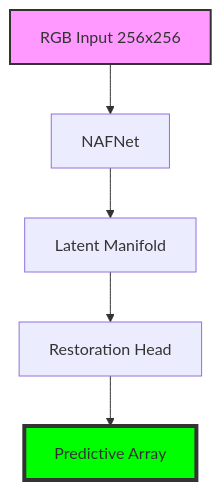
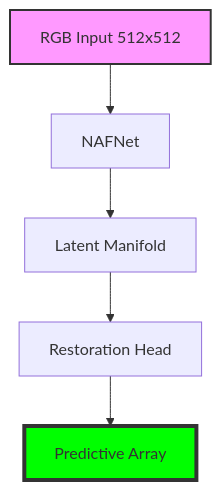
One commit to lemgenda/lemgendary-pretrained-models changed the diagram in nafnet_debluring/README.md. Above: the diagram before and after it, drawn with Mermaid. The commit also changed other lines of this file and 31 other files, not shown here.

````diff
--- a/nafnet_debluring/README.md
+++ b/nafnet_debluring/README.md
@@ -16,10 +16,10 @@
 ```mermaid
 graph TD
-    Input[RGB Input 256x256] --> Backbone[NAFNet]
+    Input[RGB Input 512x512] --> Backbone[NAFNet]
     Backbone --> Manifold[Latent Manifold]
     Manifold --> Head[Restoration Head]
     Head --> Output[Predictive Array]
     
     style Input fill:#f9f,stroke:#333,stroke-width:2px
     style Output fill:#00ff00,stroke:#333,stroke-width:4px
 ```
````
